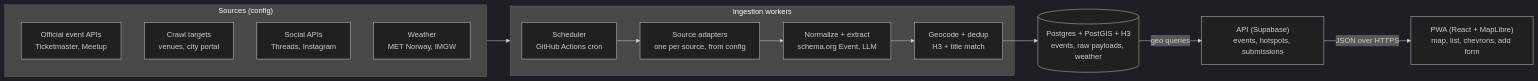
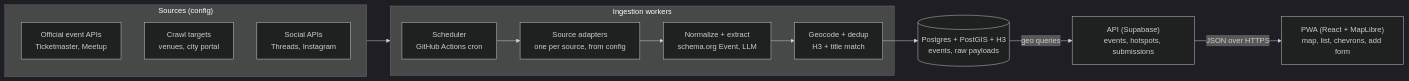
Before and after one commit to PriamSinbob/Happow: the diagram in docs/BRIEF.md, drawn with Mermaid (dark theme). The commit also changed other lines of this file and 35 other files, not shown here.

````diff
--- a/docs/BRIEF.md
+++ b/docs/BRIEF.md
@@ -113,18 +99,17 @@
 ```mermaid
 flowchart LR
   subgraph Sources["Sources (config)"]
     A1["Official event APIs<br/>Ticketmaster, Meetup"]
     A2["Crawl targets<br/>venues, city portal"]
     A3["Social APIs<br/>Threads, Instagram"]
-    A4["Weather<br/>MET Norway, IMGW"]
   end
   subgraph Workers["Ingestion workers"]
     W1["Scheduler<br/>GitHub Actions cron"] --> W2["Source adapters<br/>one per source, from config"]
     W2 --> W3["Normalize + extract<br/>schema.org Event, LLM"]
     W3 --> W4["Geocode + dedup<br/>H3 + title match"]
   end
   Sources --> Workers
-  W4 --> DB[("Postgres + PostGIS + H3<br/>events, raw payloads, weather")]
+  W4 --> DB[("Postgres + PostGIS + H3<br/>events, raw payloads")]
   DB -->|geo queries| API["API (Supabase)<br/>events, hotspots, submissions"]
   API -->|JSON over HTTPS| PWA["PWA (React + MapLibre)<br/>map, list, chevrons, add form"]
 ```
````
